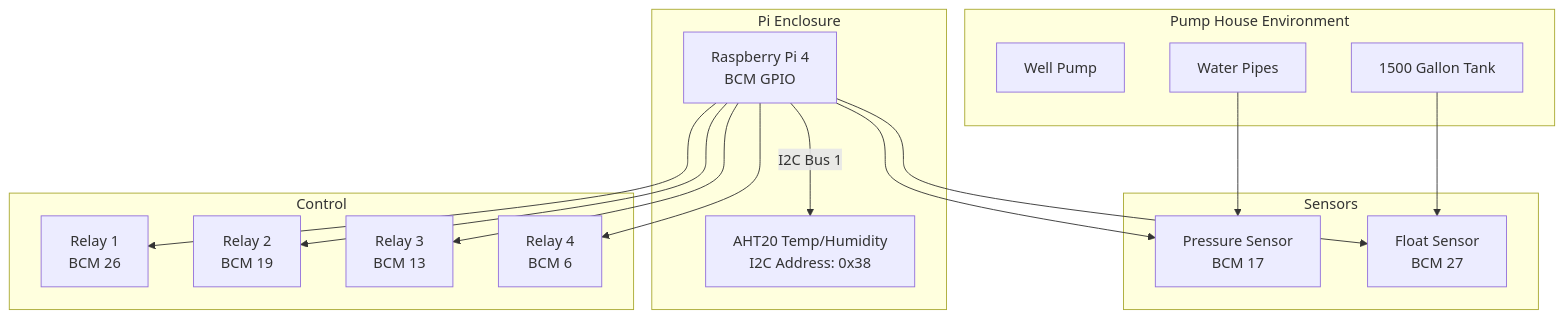
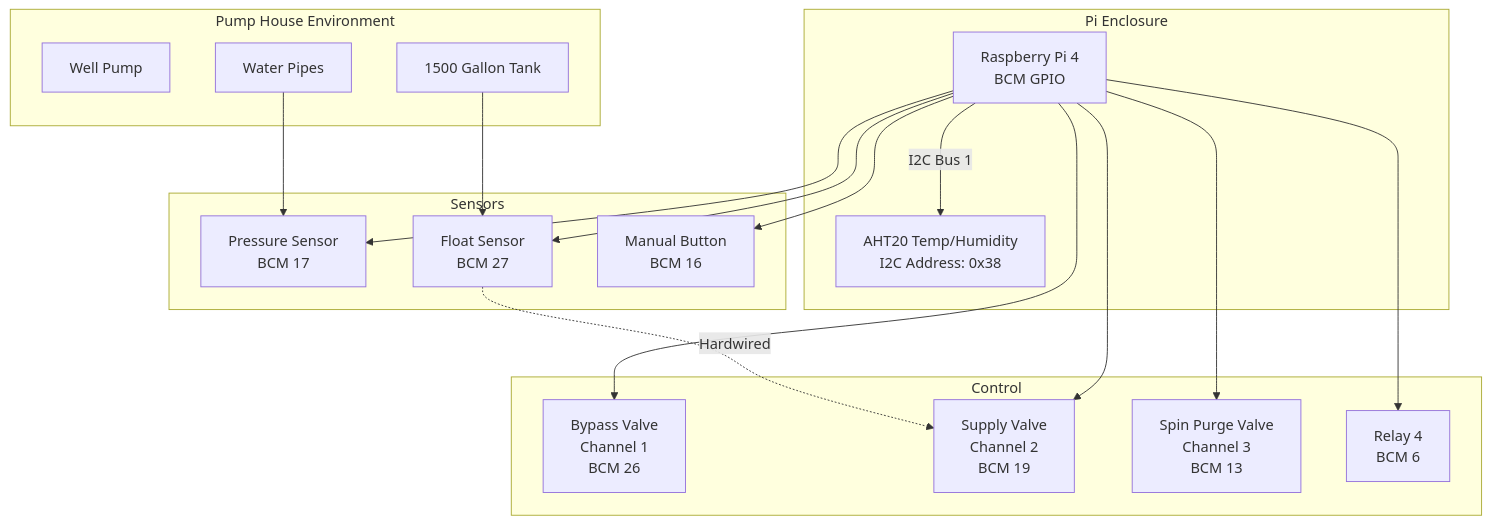
The first of 10 diagrams in overview.md (porttack/pumphouse), drawn with Mermaid before and after one commit. The commit also changed other lines of this file, not shown here.

````diff
--- a/overview.md
+++ b/overview.md
@@ -6,35 +6,38 @@
 ```mermaid
 graph TB
     subgraph "Pump House Environment"
         Well[Well Pump]
         Tank[1500 Gallon Tank]
         Pipes[Water Pipes]
     end
     
     subgraph "Pi Enclosure"
         Pi[Raspberry Pi 4<br/>BCM GPIO]
         TempSensor[AHT20 Temp/Humidity<br/>I2C Address: 0x38]
         Pi -->|I2C Bus 1| TempSensor
     end
     
     subgraph "Sensors"
         Pressure[Pressure Sensor<br/>BCM 17]
         Float[Float Sensor<br/>BCM 27]
+        Button[Manual Button<br/>BCM 16]
     end
     
     subgraph "Control"
-        Relay1[Relay 1<br/>BCM 26]
-        Relay2[Relay 2<br/>BCM 19]
-        Relay3[Relay 3<br/>BCM 13]
+        Relay1[Bypass Valve<br/>Channel 1<br/>BCM 26]
+        Relay2[Supply Valve<br/>Channel 2<br/>BCM 19]
+        Relay3[Spin Purge Valve<br/>Channel 3<br/>BCM 13]
         Relay4[Relay 4<br/>BCM 6]
     end
     
     Tank --> Float
     Pipes --> Pressure
     Pi --> Pressure
     Pi --> Float
+    Pi --> Button
     Pi --> Relay1
     Pi --> Relay2
     Pi --> Relay3
     Pi --> Relay4
+    Float -.->|Hardwired| Relay2
 ```
````
